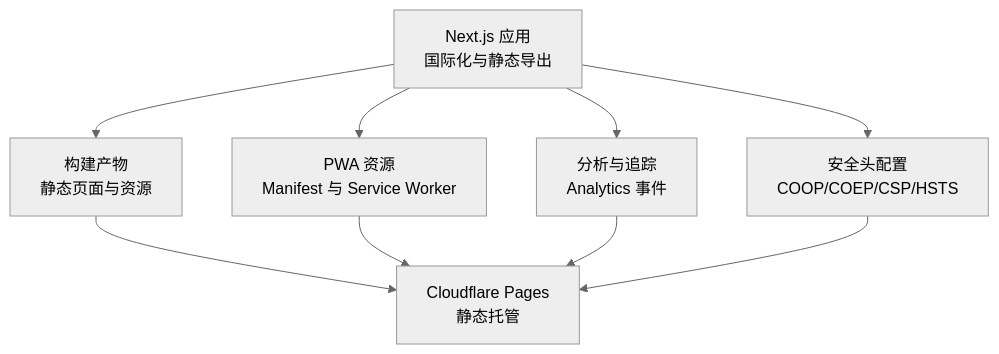
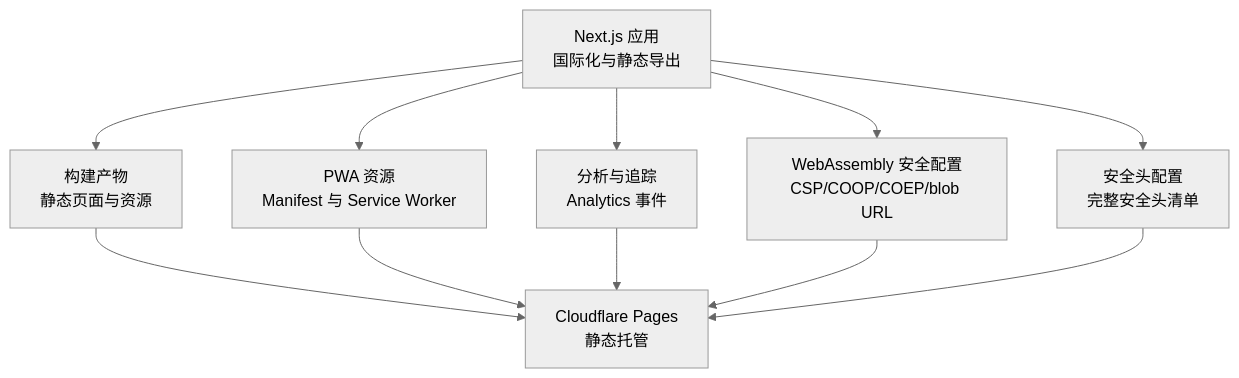
Before and after one commit to sgyy/privadeck: the first of 9 diagrams in .qoder/repowiki/zh/content/部署与维护.md, drawn with Mermaid (neutral theme). The commit also changed other lines of this file and 3 other files, not shown here.

````diff
--- a/.qoder/repowiki/zh/content/部署与维护.md
+++ b/.qoder/repowiki/zh/content/部署与维护.md
@@ -52,11 +54,13 @@
 ```mermaid
 graph TB
 A["Next.js 应用<br/>国际化与静态导出"] --> B["构建产物<br/>静态页面与资源"]
 B --> C["Cloudflare Pages<br/>静态托管"]
 A --> D["PWA 资源<br/>Manifest 与 Service Worker"]
 D --> C
 A --> E["分析与追踪<br/>Analytics 事件"]
 E --> C
-A --> F["安全头配置<br/>COOP/COEP/CSP/HSTS"]
+A --> F["WebAssembly 安全配置<br/>CSP/COOP/COEP/blob URL"]
 F --> C
+A --> G["安全头配置<br/>完整安全头清单"]
+G --> C
 ```
````
